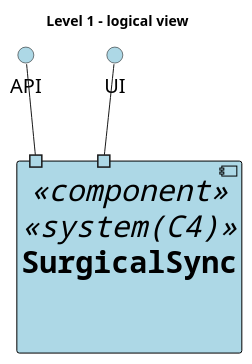
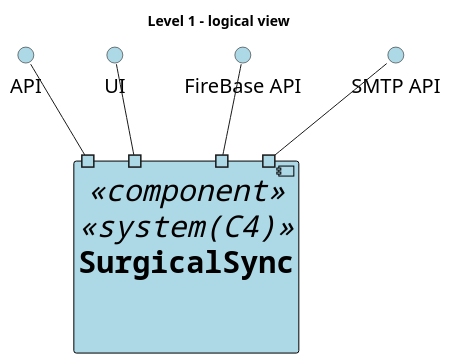
Before and after one commit to MiguelCardoso77/SurgicalSync-BackEnd: the diagram in Wiki/SprintA/diagrams/views/level1/logical-view/logical-view.puml, drawn with PlantUML. The commit also changed 6 other files, not shown here.

Commit message:
Designing the level 3 - logical view diagram

```diff
--- a/Wiki/SprintA/diagrams/views/level1/logical-view/logical-view.puml
+++ b/Wiki/SprintA/diagrams/views/level1/logical-view/logical-view.puml
@@ -1,36 +1,42 @@
 @startuml
 top to bottom direction
 
 Title "Level 1 - logical view"
 
 skinparam component{
     FontSize 30
     FontName Courier
     BorderColor Black
     BackgroundColor LightBlue
 }
 
 skinparam interface{
      FontSize 20
      FontColor Black
      BackgroundColor LightBlue
      BorderColor Black
 }
 
 skinparam component{
     
 }
 
 interface "API" as API
 interface "UI" as UI
+interface "FireBase API"as FB
+interface "SMTP API" as SMTP 
 
 component "SurgicalSync" <<component>><<system(C4)>>{
     portin " " as PI1 #lightBlue 
     portin " " as PI2 #LightBlue
+    portin " " as PI3 #lightBlue 
+    portin " " as PI4 #LightBlue
 }
 
 API--PI1
 UI--PI2
+FB--PI3
+SMTP--PI4
 
 
 @enduml
```
